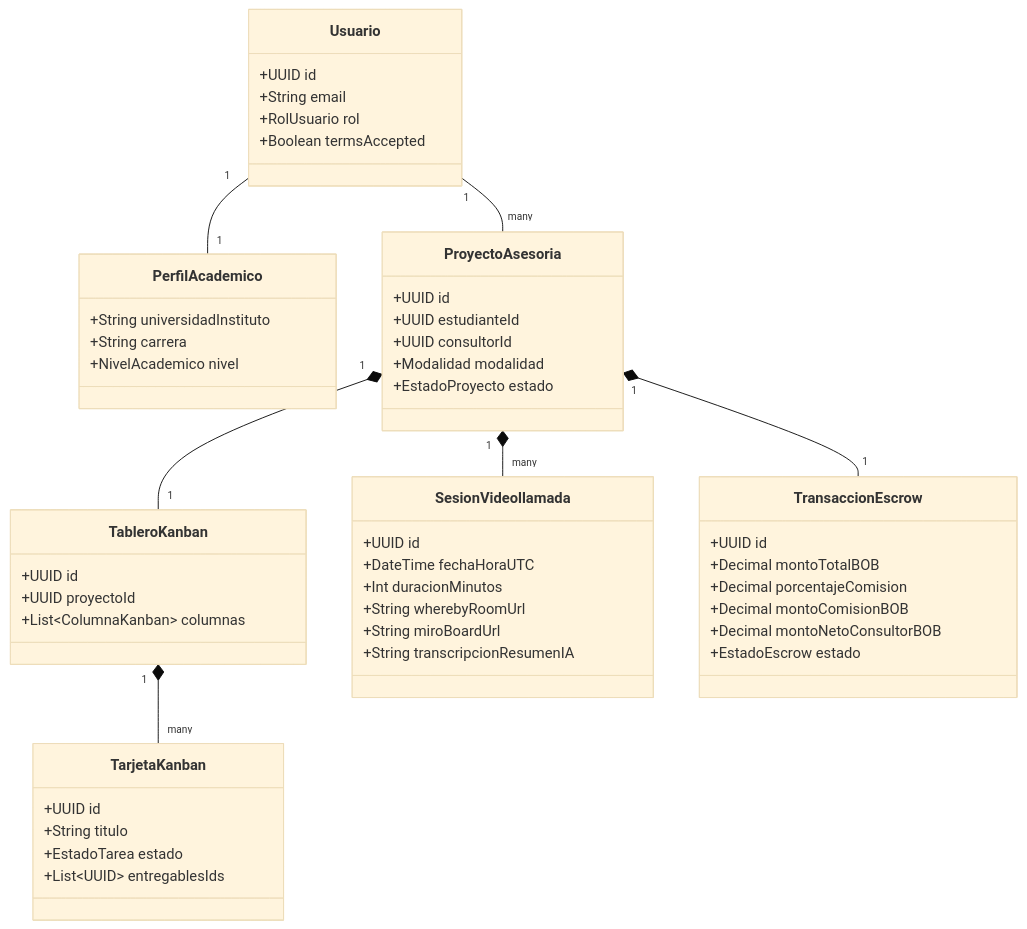
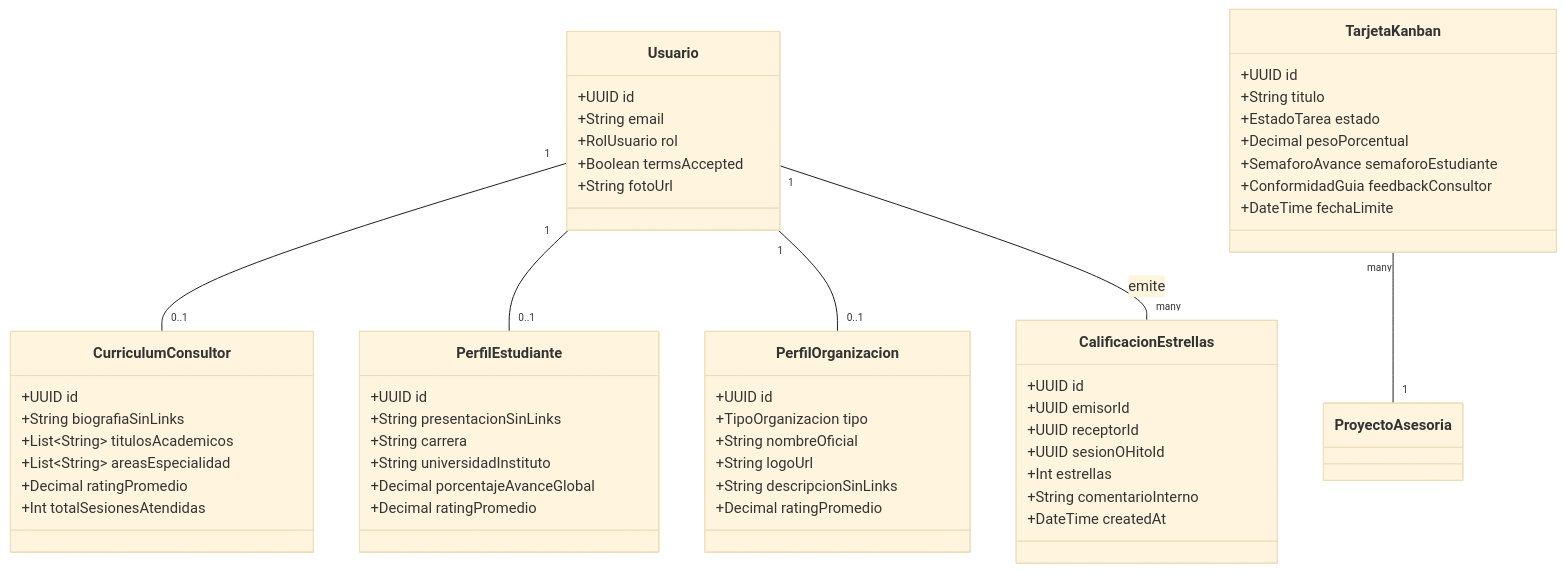
Before and after one commit to pcloayza3/plataforma01: the fourth of 7 diagrams in docs/03_architecture_and_design.md, drawn with Mermaid (base theme). The commit also changed other lines of this file and 1 other file, not shown here.

Commit message:
docs(design): incorporar perfiles estructurados con fotos/logos sin links externos, calificaciones 1-5 estrellas y semaforo de avance/retraso

````diff
--- a/docs/03_architecture_and_design.md
+++ b/docs/03_architecture_and_design.md
@@ -145,61 +151,63 @@
 ```mermaid
 classDiagram
     class Usuario {
         +UUID id
         +String email
         +RolUsuario rol
         +Boolean termsAccepted
+        +String fotoUrl
     }
 
-    class PerfilAcademico {
-        +String universidadInstituto
-        +String carrera
-        +NivelAcademico nivel
+    class CurriculumConsultor {
+        +UUID id
+        +String biografiaSinLinks
+        +List~String~ titulosAcademicos
+        +List~String~ areasEspecialidad
+        +Decimal ratingPromedio
+        +Int totalSesionesAtendidas
     }
 
-    class ProyectoAsesoria {
+    class PerfilEstudiante {
         +UUID id
-        +UUID estudianteId
-        +UUID consultorId
-        +Modalidad modalidad
-        +EstadoProyecto estado
+        +String presentacionSinLinks
+        +String carrera
+        +String universidadInstituto
+        +Decimal porcentajeAvanceGlobal
+        +Decimal ratingPromedio
     }
 
-    class TableroKanban {
+    class PerfilOrganizacion {
         +UUID id
-        +UUID proyectoId
-        +List~ColumnaKanban~ columnas
+        +TipoOrganizacion tipo
+        +String nombreOficial
+        +String logoUrl
+        +String descripcionSinLinks
+        +Decimal ratingPromedio
+    }
+
+    class CalificacionEstrellas {
+        +UUID id
+        +UUID emisorId
+        +UUID receptorId
+        +UUID sesionOHitoId
+        +Int estrellas
+        +String comentarioInterno
+        +DateTime createdAt
     }
 
     class TarjetaKanban {
         +UUID id
         +String titulo
         +EstadoTarea estado
-        +List~UUID~ entregablesIds
+        +Decimal pesoPorcentual
+        +SemaforoAvance semaforoEstudiante
+        +ConformidadGuia feedbackConsultor
+        +DateTime fechaLimite
     }
 
-    class SesionVideollamada {
-        +UUID id
-        +DateTime fechaHoraUTC
-        +Int duracionMinutos
-        +String wherebyRoomUrl
-        +String miroBoardUrl
-        +String transcripcionResumenIA
-    }
-
-    class TransaccionEscrow {
-        +UUID id
-        +Decimal montoTotalBOB
-        +Decimal porcentajeComision
-        +Decimal montoComisionBOB
-        +Decimal montoNetoConsultorBOB
-        +EstadoEscrow estado
-    }
-
-    Usuario "1" -- "1" PerfilAcademico
-    Usuario "1" -- "many" ProyectoAsesoria
-    ProyectoAsesoria "1" *-- "1" TableroKanban
-    TableroKanban "1" *-- "many" TarjetaKanban
-    ProyectoAsesoria "1" *-- "many" SesionVideollamada
-    ProyectoAsesoria "1" *-- "1" TransaccionEscrow
+    Usuario "1" -- "0..1" CurriculumConsultor
+    Usuario "1" -- "0..1" PerfilEstudiante
+    Usuario "1" -- "0..1" PerfilOrganizacion
+    Usuario "1" -- "many" CalificacionEstrellas : emite
+    TarjetaKanban "many" -- "1" ProyectoAsesoria
 ```
````
